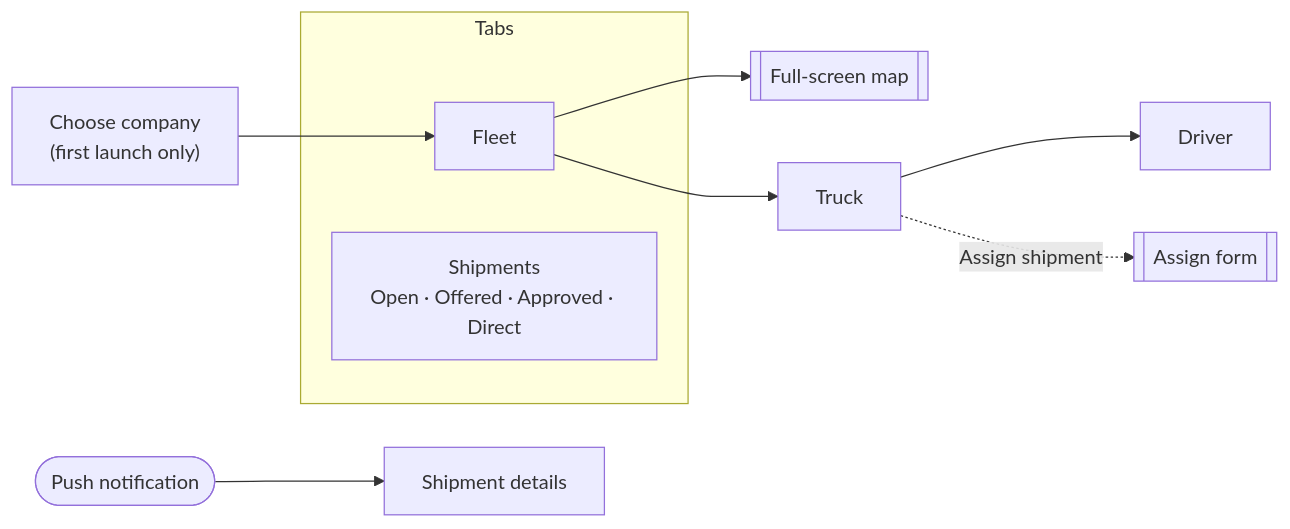
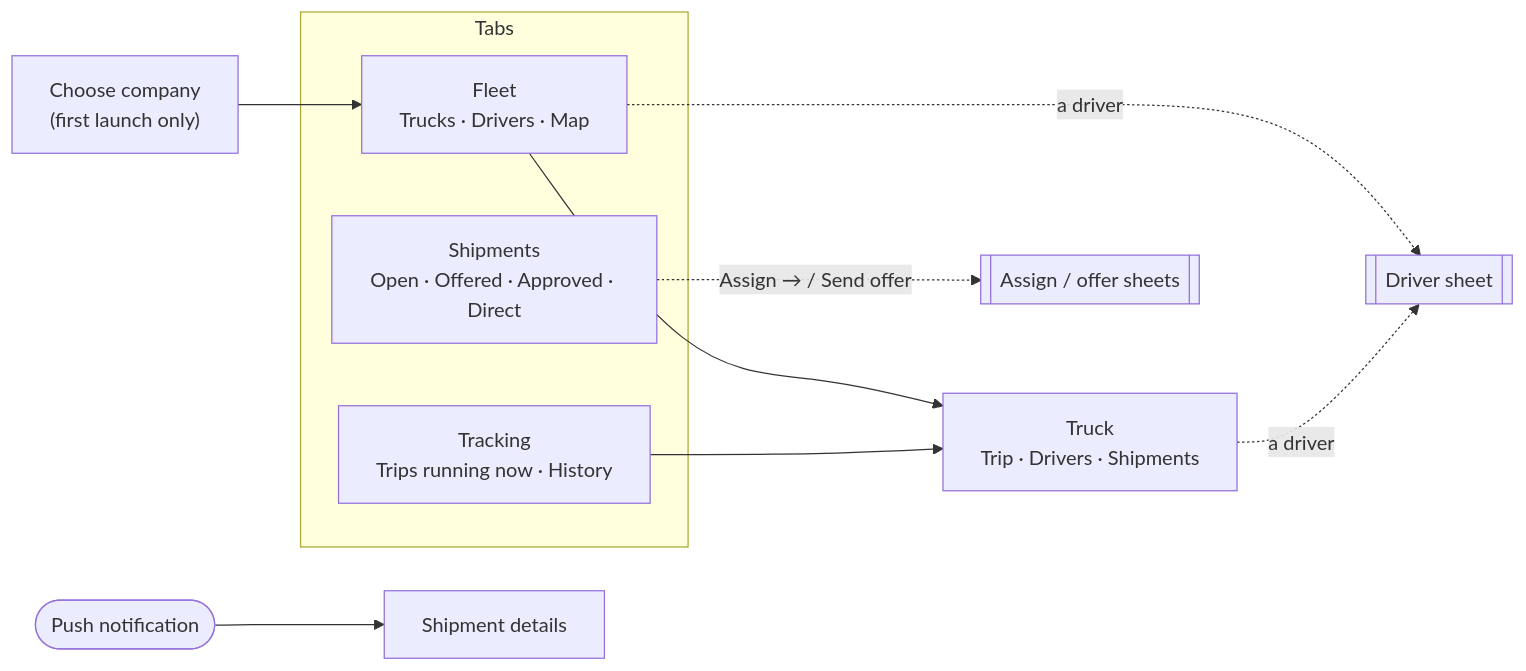
One commit to RTO-The-Coder/freight-marketplace changed the third of 3 diagrams in freight-ui-screens.md. Above: the diagram before and after it, drawn with Mermaid. The commit also changed other lines of this file and 24 other files, not shown here.

````diff
--- a/freight-ui-screens.md
+++ b/freight-ui-screens.md
@@ -205,13 +204,15 @@
 ```mermaid
 flowchart LR
     P["Choose company<br/>(first launch only)"] --> F
     subgraph Tabs
-        F["Fleet"]
+        F["Fleet<br/>Trucks · Drivers · Map"]
         S["Shipments<br/>Open · Offered · Approved · Direct"]
+        K["Tracking<br/>Trips running now · History"]
     end
-    F --> M[["Full-screen map"]]
-    F --> T["Truck"]
-    T --> V["Driver"]
-    T -. "Assign shipment" .-> A[["Assign form"]]
+    F --> T["Truck<br/>Trip · Drivers · Shipments"]
+    K --> T
+    F -. "a driver" .-> V[["Driver sheet"]]
+    T -. "a driver" .-> V
+    S -. "Assign → / Send offer" .-> A[["Assign / offer sheets"]]
     N(["Push notification"]) --> D["Shipment details"]
 ```
````
